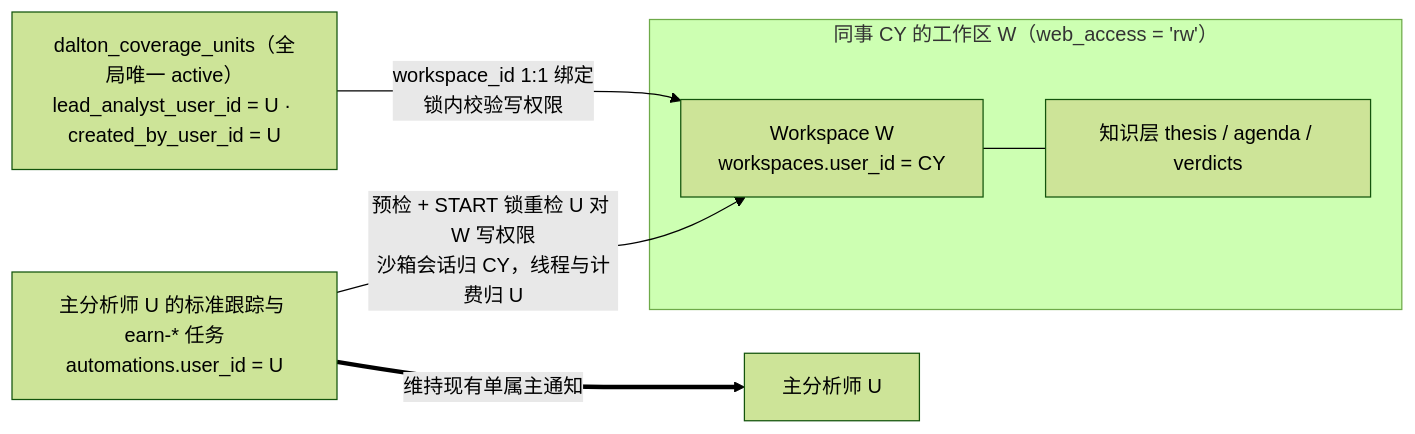
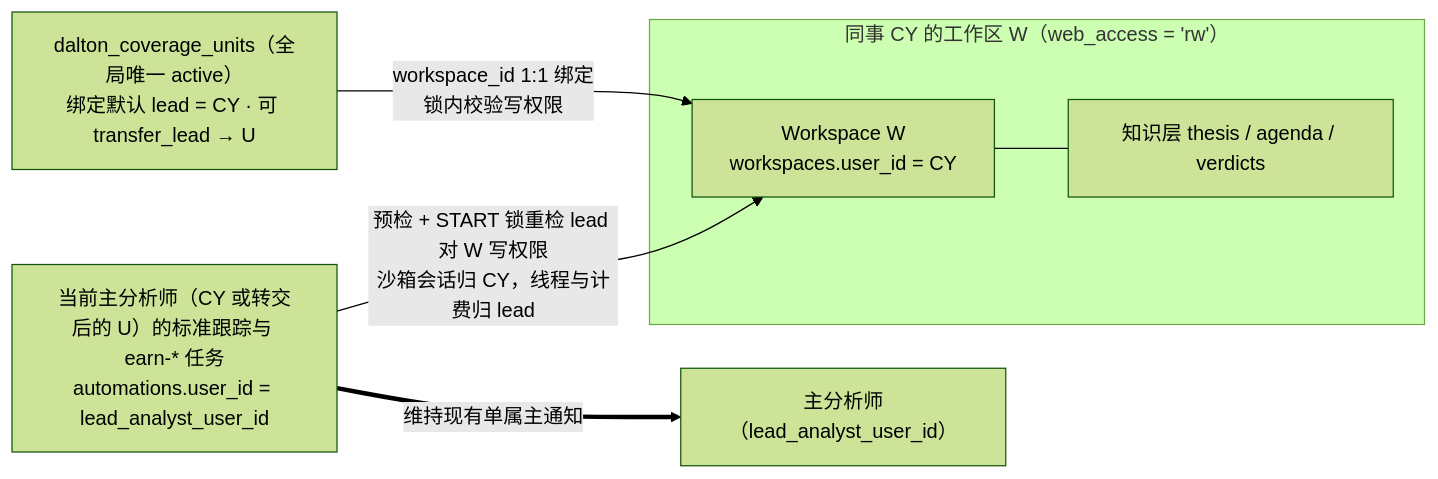
The diagram in docs/dalton/features/coverage-follows-company.md (everflowinv/dalton-langalpha), drawn with Mermaid (forest theme) before and after one commit. The commit also changed other lines of this file, not shown here.

Commit message:
design r5: ticker_key backfill, revert downgrade step, lead assignment rule, drop unused created_by

````diff
--- a/docs/dalton/features/coverage-follows-company.md
+++ b/docs/dalton/features/coverage-follows-company.md
@@ -25,15 +25,15 @@
 ```mermaid
 flowchart LR
     subgraph ColleagueWS["同事 CY 的工作区 W（web_access = 'rw'）"]
         WS["Workspace W<br/>workspaces.user_id = CY"]
         DOCS["知识层 thesis / agenda / verdicts"]
         WS --- DOCS
     end
 
-    CU["dalton_coverage_units（全局唯一 active）<br/>lead_analyst_user_id = U · created_by_user_id = U"]
-    AUTO["主分析师 U 的标准跟踪与 earn-* 任务<br/>automations.user_id = U"]
+    CU["dalton_coverage_units（全局唯一 active）<br/>绑定默认 lead = CY · 可 transfer_lead → U"]
+    AUTO["当前主分析师（CY 或转交后的 U）的标准跟踪与 earn-* 任务<br/>automations.user_id = lead_analyst_user_id"]
 
     CU -->|workspace_id 1:1 绑定<br/>锁内校验写权限| WS
-    AUTO -->|预检 + START 锁重检 U 对 W 写权限<br/>沙箱会话归 CY，线程与计费归 U| WS
-    AUTO ==>|维持现有单属主通知| U["主分析师 U"]
+    AUTO -->|预检 + START 锁重检 lead 对 W 写权限<br/>沙箱会话归 CY，线程与计费归 lead| WS
+    AUTO ==>|维持现有单属主通知| LA["主分析师（lead_analyst_user_id）"]
 ```
````
